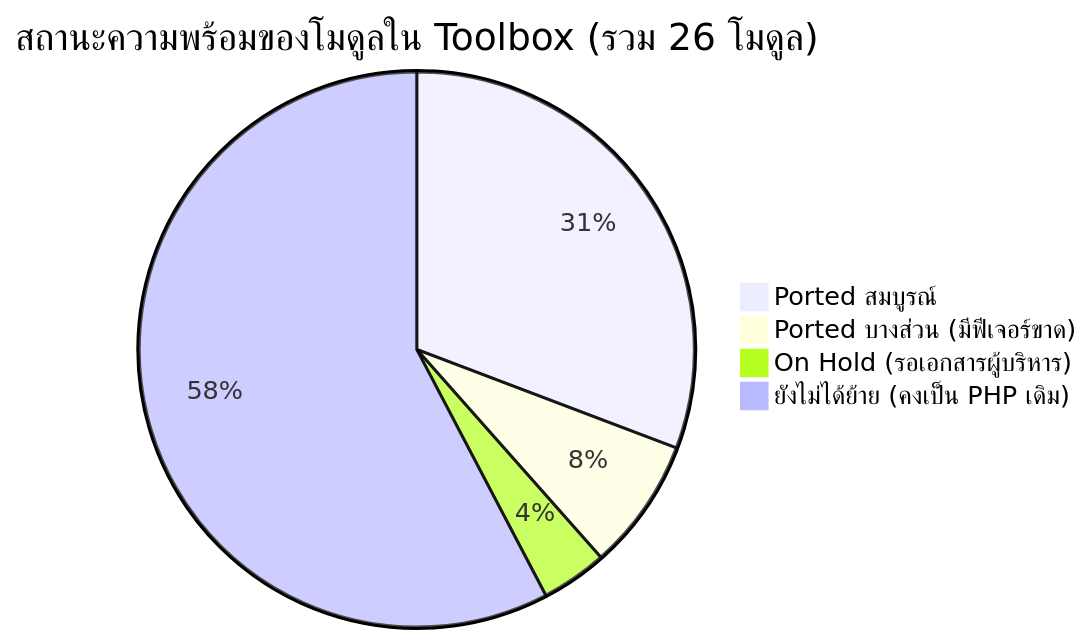
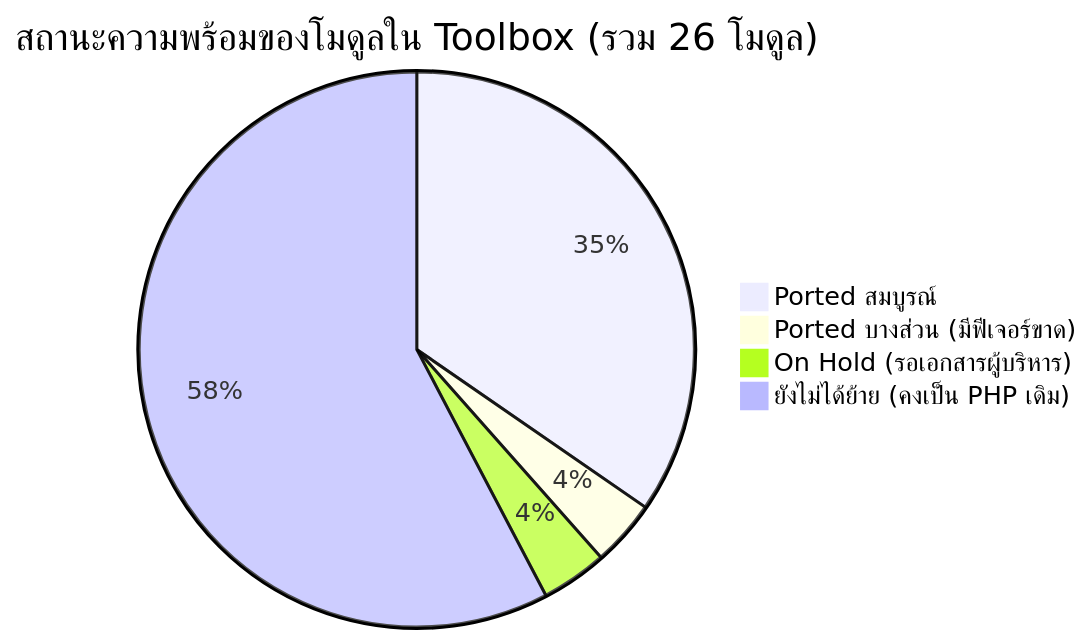
The first of 2 diagrams in MES/docs/blueprint/MES_LEGACY_VS_TOOLBOX_GAP_ANALYSIS.md (Scyst/MES), drawn with Mermaid before and after one commit. The commit also changed other lines of this file and 12 other files, not shown here.

````diff
--- a/MES/docs/blueprint/MES_LEGACY_VS_TOOLBOX_GAP_ANALYSIS.md
+++ b/MES/docs/blueprint/MES_LEGACY_VS_TOOLBOX_GAP_ANALYSIS.md
@@ -18,7 +18,7 @@
 ```mermaid
 pie title สถานะความพร้อมของโมดูลใน Toolbox (รวม 26 โมดูล)
-    "Ported สมบูรณ์" : 8
-    "Ported บางส่วน (มีฟีเจอร์ขาด)" : 2
+    "Ported สมบูรณ์" : 9
+    "Ported บางส่วน (มีฟีเจอร์ขาด)" : 1
     "On Hold (รอเอกสารผู้บริหาร)" : 1
     "ยังไม่ได้ย้าย (คงเป็น PHP เดิม)" : 15
 ```
````
